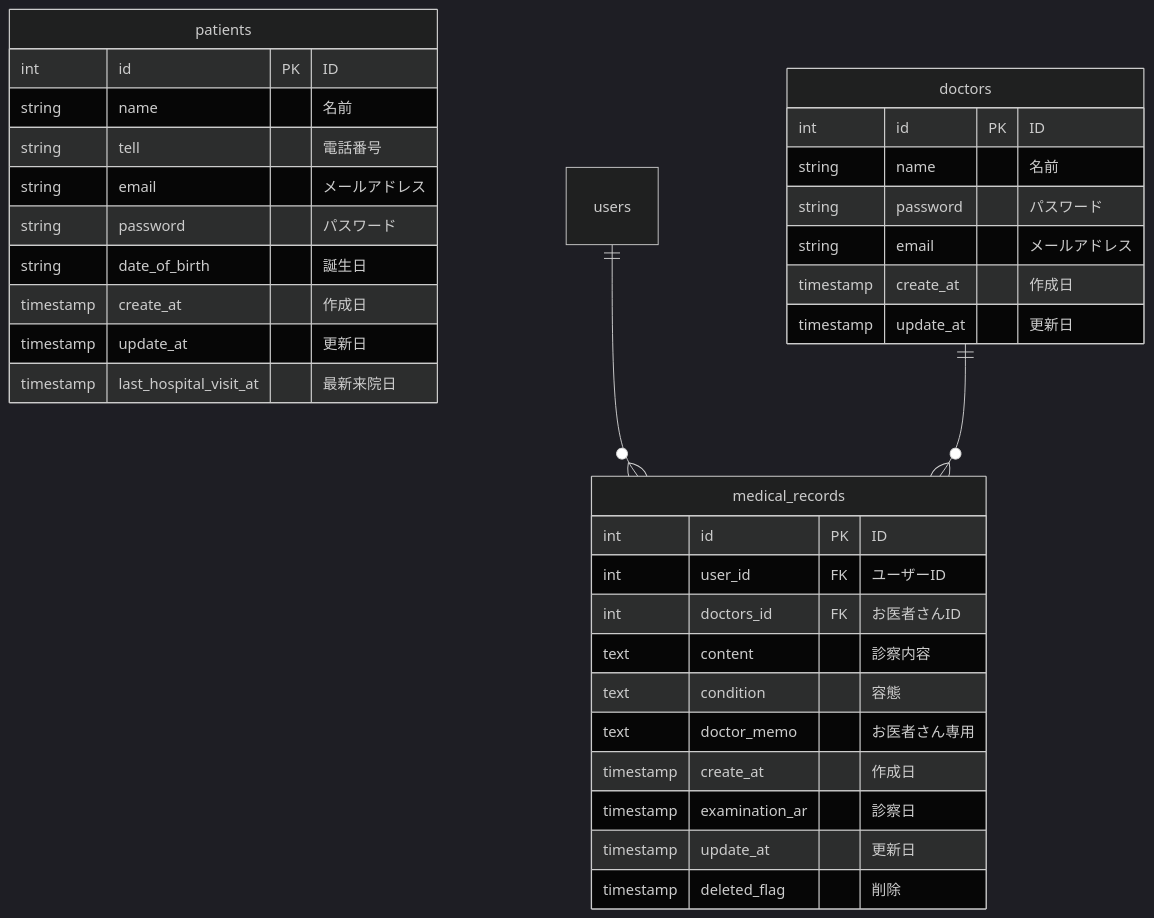
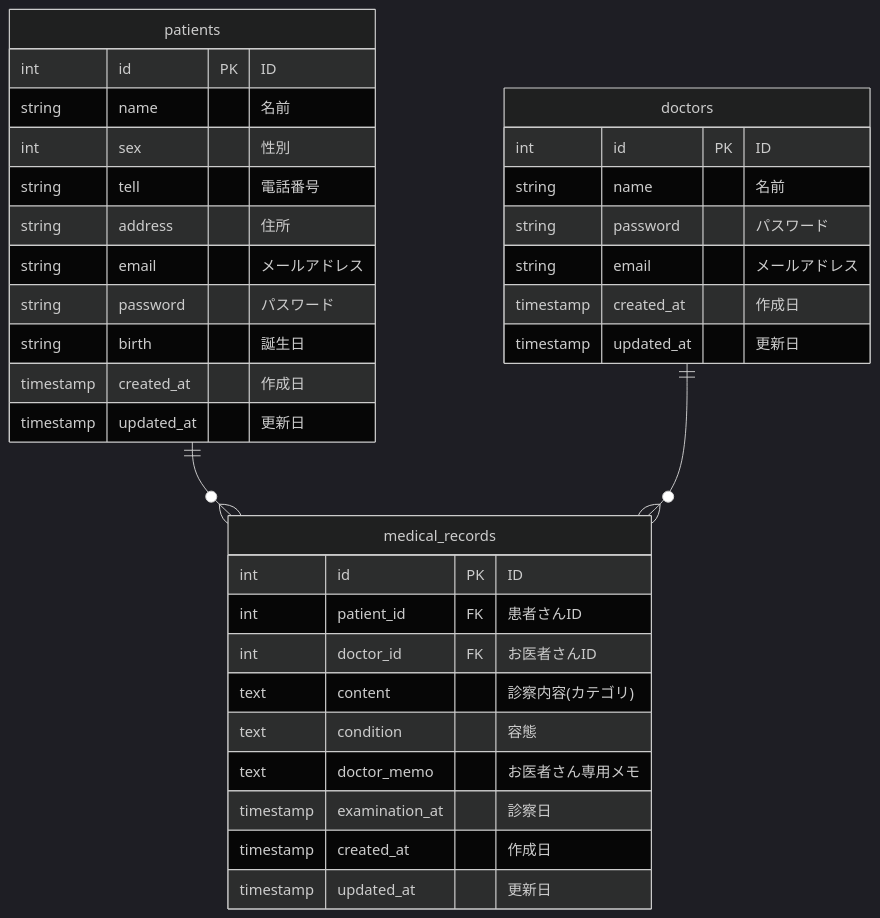
The diagram in ER/er.md (kubo-work/PortfolioSystemDesign), drawn with Mermaid (dark theme) before and after one commit.

Commit message:
修正

````diff
--- a/ER/er.md
+++ b/ER/er.md
@@ -1,39 +1,44 @@
 ```mermaid
 erDiagram
     patients {
         int id PK "ID"
         string name "名前"
+        int sex "性別"
         string tell "電話番号"
+        string address "住所"
         string email "メールアドレス"
         string password "パスワード"
-        string date_of_birth "誕生日"
-        timestamp create_at "作成日"
-        timestamp update_at "更新日"
-        timestamp last_hospital_visit_at "最新来院日"
+        string birth "誕生日"
+        timestamp created_at "作成日"
+        timestamp updated_at "更新日"
+        %% timestamp last_hospital_visit_at "最新来院日"
     }
 
     medical_records{
         int id PK "ID" 
-        int user_id FK "ユーザーID"
-        int doctors_id FK "お医者さんID"
-        text content "診察内容"
+        int patient_id FK "患者さんID"
+        int doctor_id FK "お医者さんID"
+        text content "診察内容(カテゴリ)"
         text condition "容態"
-        text doctor_memo "お医者さん専用"
-        timestamp create_at "作成日"
-        timestamp examination_ar "診察日"
-        timestamp update_at "更新日"
-        timestamp deleted_flag "削除"
+        text doctor_memo "お医者さん専用メモ"
+        timestamp examination_at "診察日"
+        timestamp created_at "作成日"
+        timestamp updated_at "更新日"
+        %% int deleted_flag "削除"
     }
+
+    %% 診察（施術内容をカテゴリ化してテーブル）
+    
 
     doctors{
         int id PK "ID" 
         string name "名前"
         string password "パスワード"
         string email "メールアドレス"
-        timestamp create_at "作成日"
-        timestamp update_at "更新日" 
+        timestamp created_at "作成日"
+        timestamp updated_at "更新日" 
     }
 
-    users ||--o{ medical_records: ""
+    patients ||--o{ medical_records: ""
     doctors ||--o{ medical_records: ""
 ```
````
